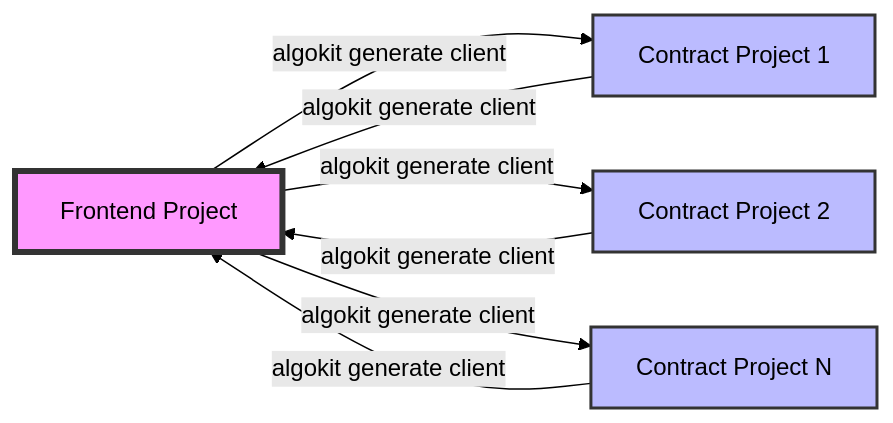
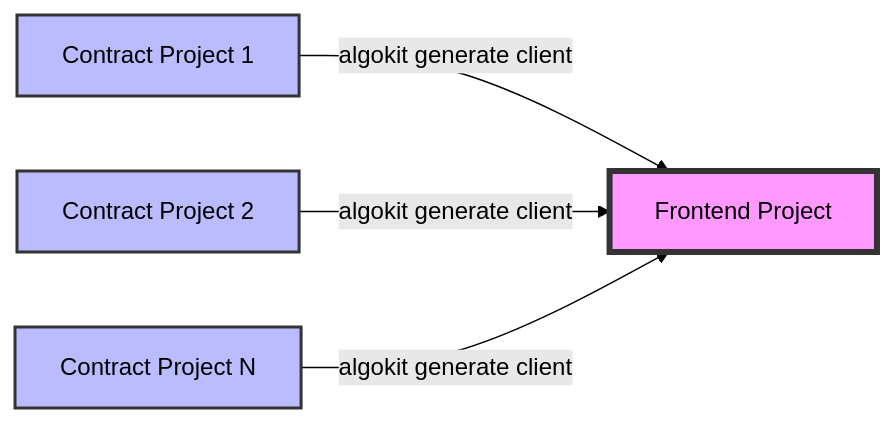
Before and after one commit to algorandfoundation/algokit-cli: the diagram in docs/src/content/docs/features/project/link.md, drawn with Mermaid (forest theme). The commit also changed other lines of this file and 34 other files, not shown here.

````diff
--- a/docs/src/content/docs/features/project/link.md
+++ b/docs/src/content/docs/features/project/link.md
@@ -33,15 +33,11 @@
 ```mermaid
 graph LR
-    F[Frontend Project] -->|algokit generate client| C1[Contract Project 1]
-    F -->|algokit generate client| C2[Contract Project 2]
-    F -->|algokit generate client| CN[Contract Project N]
-
-    C1 -->|algokit generate client| F
-    C2 -->|algokit generate client| F
-    CN -->|algokit generate client| F
+    C1[Contract Project 1] -->|algokit generate client| F[Frontend Project]
+    C2[Contract Project 2] -->|algokit generate client| F
+    CN[Contract Project N] -->|algokit generate client| F
 
     classDef frontend fill:#f9f,stroke:#333,stroke-width:4px;
     classDef contract fill:#bbf,stroke:#333,stroke-width:2px;
     class F frontend;
     class C1,C2,CN contract;
 ```
````
